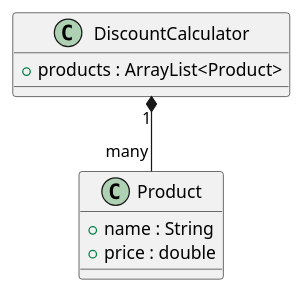
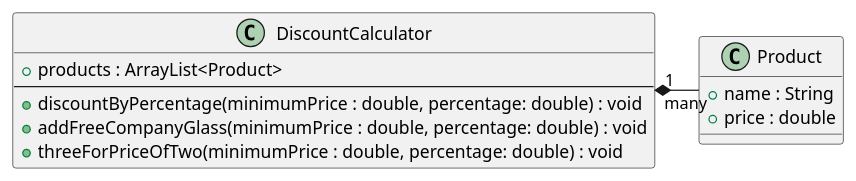
Before and after one commit to PJMPR/lab03-intruduction-to-classes: the diagram in UML/Instance.puml, drawn with PlantUML. The commit also changed 1 other file, not shown here.

```diff
--- a/UML/Instance.puml
+++ b/UML/Instance.puml
@@ -1,16 +1,19 @@
 @startuml test
 
 
 class Product {
     + name : String
     + price : double
 }
 
-DiscountCalculator "1" *-- "many" Product
+DiscountCalculator "1" *- "many" Product
 
 class DiscountCalculator {
     + products : ArrayList<Product>
-
+    ----
+    + discountByPercentage(minimumPrice : double, percentage: double) : void
+    + addFreeCompanyGlass(minimumPrice : double, percentage: double) : void
+    + threeForPriceOfTwo(minimumPrice : double, percentage: double) : void
 }
 
 @enduml
```
